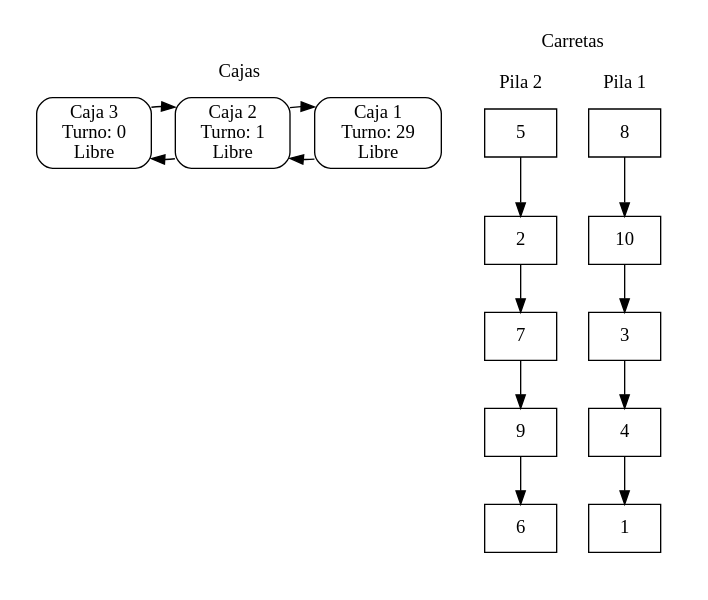
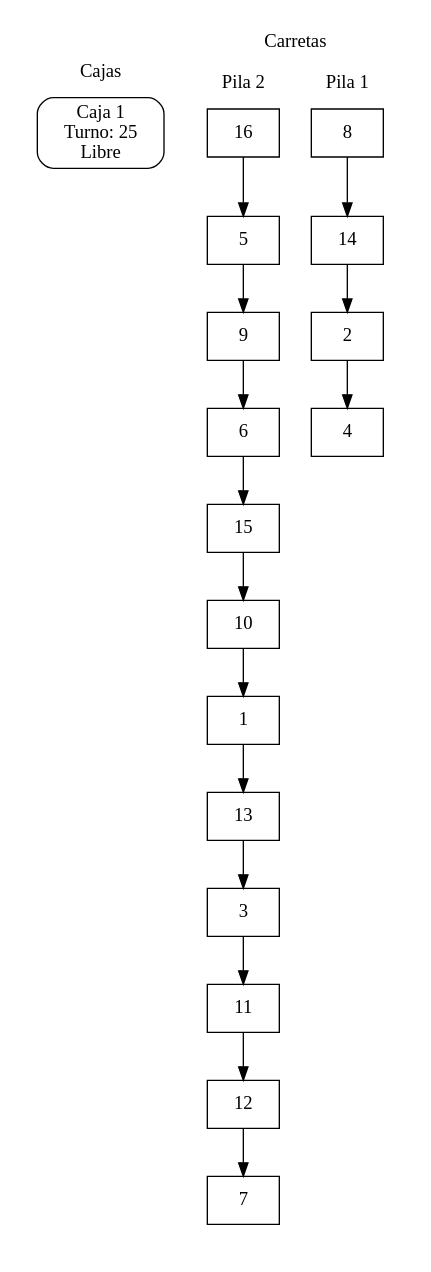
One commit to Chejohrpp/Practica1EstructuraDatos changed the diagram in dibujable.dot. Above: the diagram before and after it, drawn with Graphviz. The commit also changed 2 other files, not shown here.

```diff
--- a/dibujable.dot
+++ b/dibujable.dot
@@ -1,7 +1,3 @@
-digraph G{subgraph cluster_cajas {label = "Cajas";	style=filled;style=filled;color=white;node [style=rounded,color=black,shape=box];f1->f2[constraint=false];f1[label="Caja 1 
- Turno: 29 
- Libre "];f2->f3[constraint=false];f2->f1[constraint=false];f2[label="Caja 2 
- Turno: 1 
- Libre "];f3->f2[constraint=false];f3[label="Caja 3 
- Turno: 0 
- Libre "];}subgraph cluster_pagar{label = "Cola de espera a pagar";style=filled;style=filled;color=white;node [shape=box,color=black,style=rounded];}subgraph cluster_compras{label = " compras ";style=filled;style=filled;color=white;node [style=rounded,color=black,shape=box];}subgraph cluster_carretas{label ="Carretas";style=filled;color=white;subgraph cluster_b{label = " Pila 1 ";style=filled;style=filled;color=white;node [shape=box,color=black];b8->b10;b8[label=" 8 "];b10->b3;b10[label=" 10 "];b3->b4;b3[label=" 3 "];b4->b1;b4[label=" 4 "];b1[label=" 1 "];}subgraph cluster_c{label = " Pila 2 ";style=filled;style=filled;color=white;node [shape=box,color=black];c5->c2;c5[label=" 5 "];c2->c7;c2[label=" 2 "];c7->c9;c7[label=" 7 "];c9->c6;c9[label=" 9 "];c6[label=" 6 "];}}subgraph cluster_a{label = " Cola de espera ";style=filled;style=filled;color=white;node [shape=box,color=black];} }
+digraph G{subgraph cluster_cajas {label = "Cajas";	style=filled;style=filled;color=white;node [style=rounded,color=black,shape=box];f1[label="Caja 1 
+ Turno: 25 
+ Libre "];}subgraph cluster_pagar{label = "Cola de espera a pagar";style=filled;style=filled;color=white;node [shape=box,color=black,style=rounded];}subgraph cluster_compras{label = " compras ";style=filled;style=filled;color=white;node [style=rounded,color=black,shape=box];}subgraph cluster_carretas{label ="Carretas";style=filled;color=white;subgraph cluster_b{label = " Pila 1 ";style=filled;style=filled;color=white;node [shape=box,color=black];b8->b14;b8[label=" 8 "];b14->b2;b14[label=" 14 "];b2->b4;b2[label=" 2 "];b4[label=" 4 "];}subgraph cluster_c{label = " Pila 2 ";style=filled;style=filled;color=white;node [shape=box,color=black];c16->c5;c16[label=" 16 "];c5->c9;c5[label=" 5 "];c9->c6;c9[label=" 9 "];c6->c15;c6[label=" 6 "];c15->c10;c15[label=" 15 "];c10->c1;c10[label=" 10 "];c1->c13;c1[label=" 1 "];c13->c3;c13[label=" 13 "];c3->c11;c3[label=" 3 "];c11->c12;c11[label=" 11 "];c12->c7;c12[label=" 12 "];c7[label=" 7 "];}}subgraph cluster_a{label = " Cola de espera ";style=filled;style=filled;color=white;node [shape=box,color=black];} }
```
